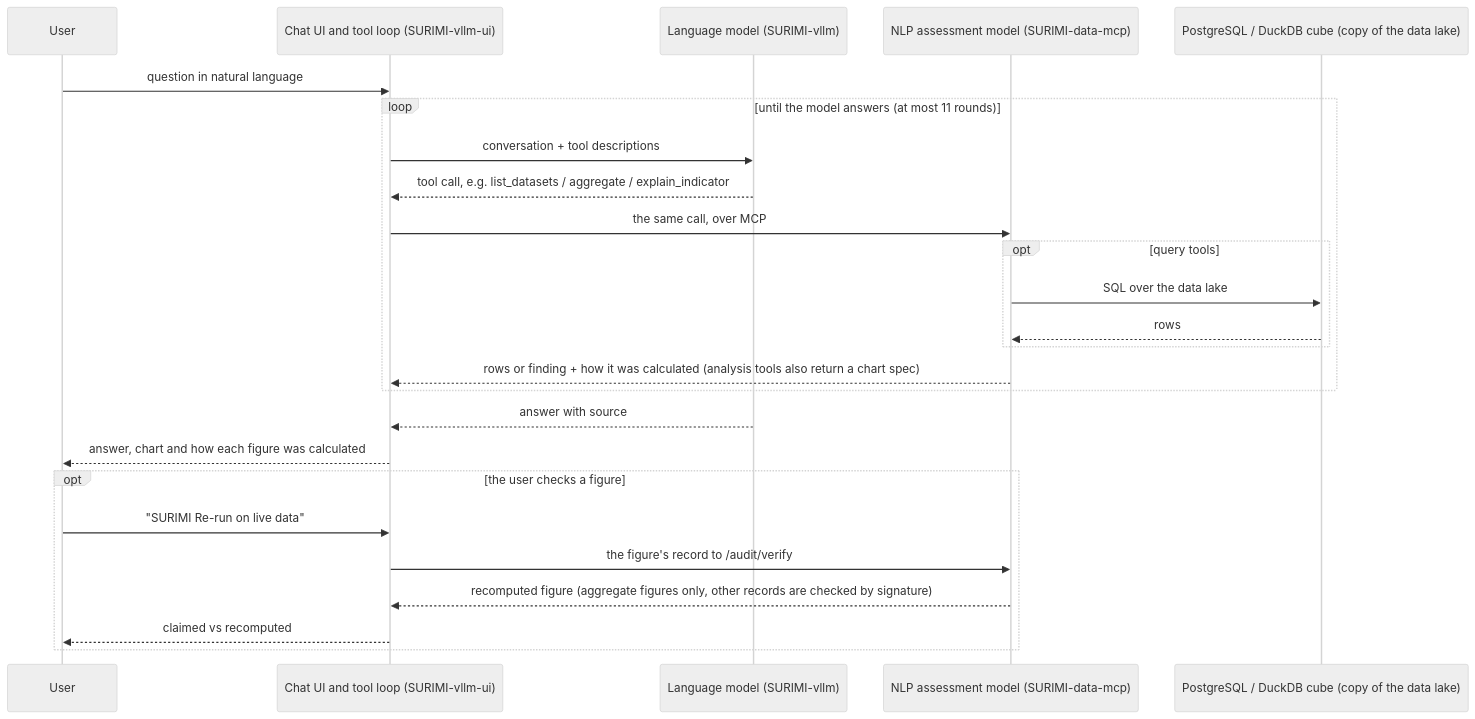
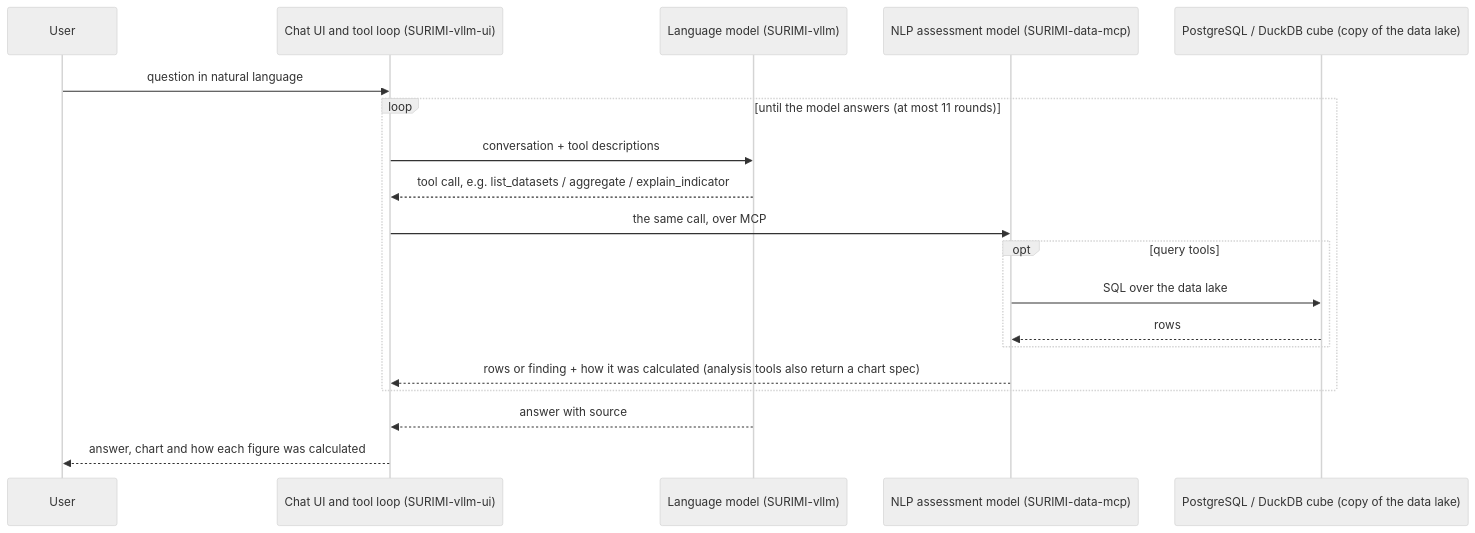
The diagram in deliverables/D3.7 - NLP assessment model/D3.7 - NLP assessment model.md (SURIMI-Project/SURIMI-project), drawn with Mermaid (neutral theme) before and after one commit. The commit also changed other lines of this file and 4 other files, not shown here.

````diff
--- a/deliverables/D3.7 - NLP assessment model/D3.7 - NLP assessment model.md
+++ b/deliverables/D3.7 - NLP assessment model/D3.7 - NLP assessment model.md
@@ -73,28 +64,22 @@
 ```mermaid
 sequenceDiagram
     participant User as User
     participant UI as Chat UI and tool loop (SURIMI-vllm-ui)
     participant LLM as Language model (SURIMI-vllm)
     participant DATA as NLP assessment model (SURIMI-data-mcp)
     participant STORE as PostgreSQL / DuckDB cube (copy of the data lake)
 
     User ->> UI: question in natural language
     loop until the model answers (at most 11 rounds)
         UI ->> LLM: conversation + tool descriptions
         LLM -->> UI: tool call, e.g. list_datasets / aggregate / explain_indicator
         UI ->> DATA: the same call, over MCP
         opt query tools
             DATA ->> STORE: SQL over the data lake
             STORE -->> DATA: rows
         end
         DATA -->> UI: rows or finding + how it was calculated (analysis tools also return a chart spec)
     end
     LLM -->> UI: answer with source
     UI -->> User: answer, chart and how each figure was calculated
-    opt the user checks a figure
-        User ->> UI: "SURIMI Re-run on live data"
-        UI ->> DATA: the figure's record to /audit/verify
-        DATA -->> UI: recomputed figure (aggregate figures only, other records are checked by signature)
-        UI -->> User: claimed vs recomputed
-    end
 ```
````
